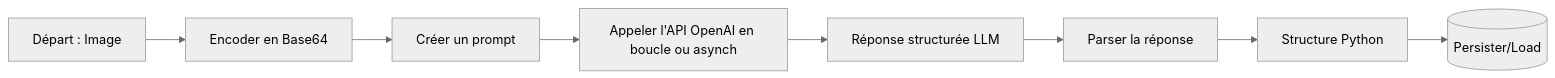
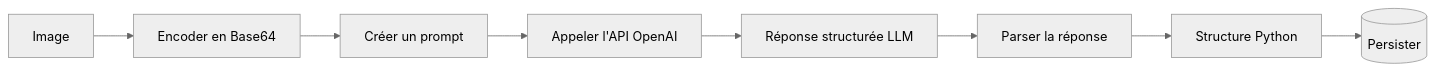
The second of 2 diagrams in docs/posts/llm_extraction_information_document.md (sawallesalfo/blog), drawn with Mermaid (neutral theme) before and after one commit. The commit also changed other lines of this file, not shown here.

Commit message:
:rocket: predeploy llm text extract

````diff
--- a/docs/posts/llm_extraction_information_document.md
+++ b/docs/posts/llm_extraction_information_document.md
@@ -159,10 +159,10 @@
 ```mermaid
 flowchart LR
-    A[Départ : Image] --> B[Encoder en Base64]
+    A[Image] --> B[Encoder en Base64]
     B --> C[Créer un prompt]
-    C --> D[Appeler l'API OpenAI en boucle ou asynch]
+    C --> D[Appeler l'API OpenAI]
     D --> E[Réponse structurée LLM]
     E --> F[Parser la réponse]
     F --> G[Structure Python]
-    G --> H[(Persister/Load)]
+    G --> H[(Persister)]
 ```
````
